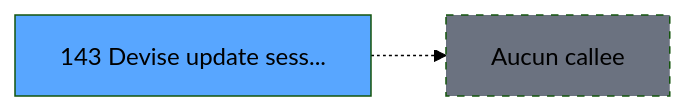
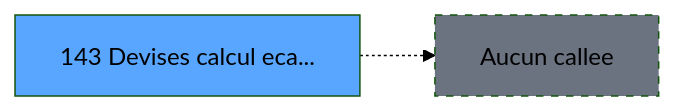
The third of 3 diagrams in .openspec/specs/ADH-IDE-143.md (thonyAGP/lecteur-magic), drawn with Mermaid (forest theme) before and after one commit. The commit also changed other lines of this file and 493 other files, not shown here.

````diff
--- a/.openspec/specs/ADH-IDE-143.md
+++ b/.openspec/specs/ADH-IDE-143.md
@@ -177,8 +237,8 @@
 ```mermaid
 graph LR
-    T143[143 Devise update sess...]
+    T143[143 Devises calcul eca...]
     style T143 fill:#58a6ff
     NONE[Aucun callee]
     T143 -.-> NONE
     style NONE fill:#6b7280,stroke-dasharray: 5 5
 ```
````
